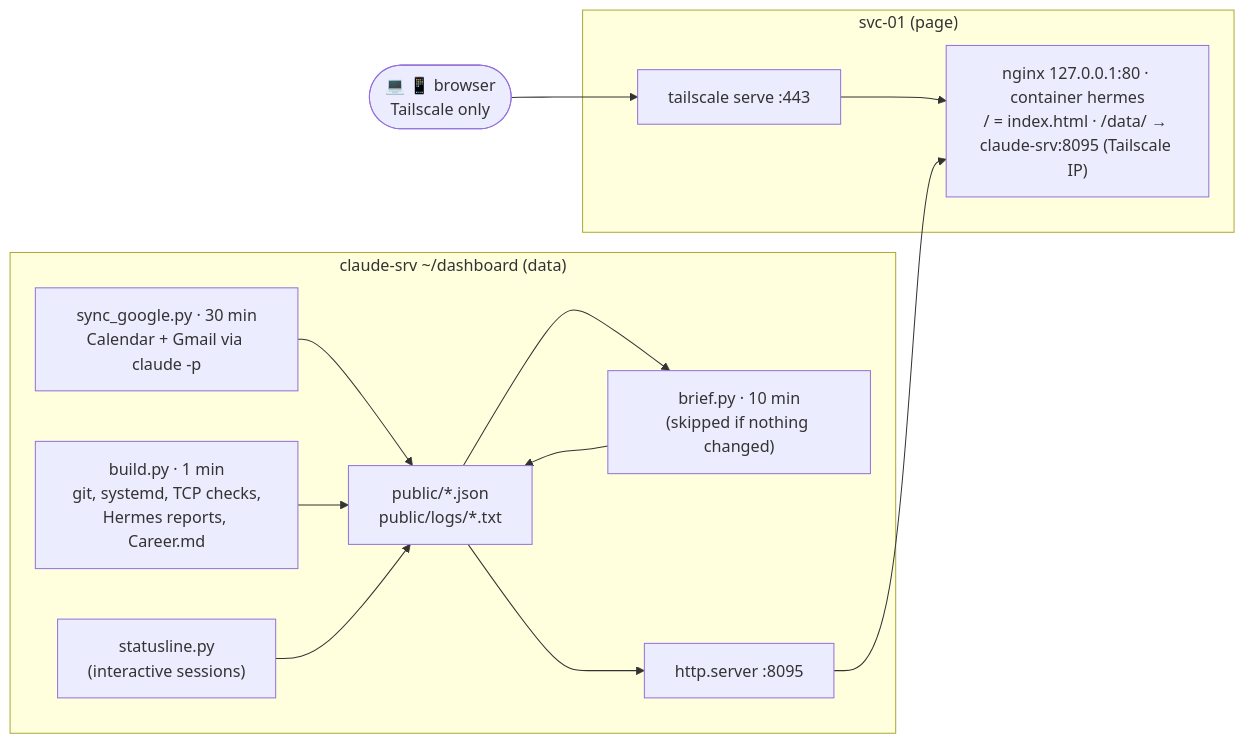
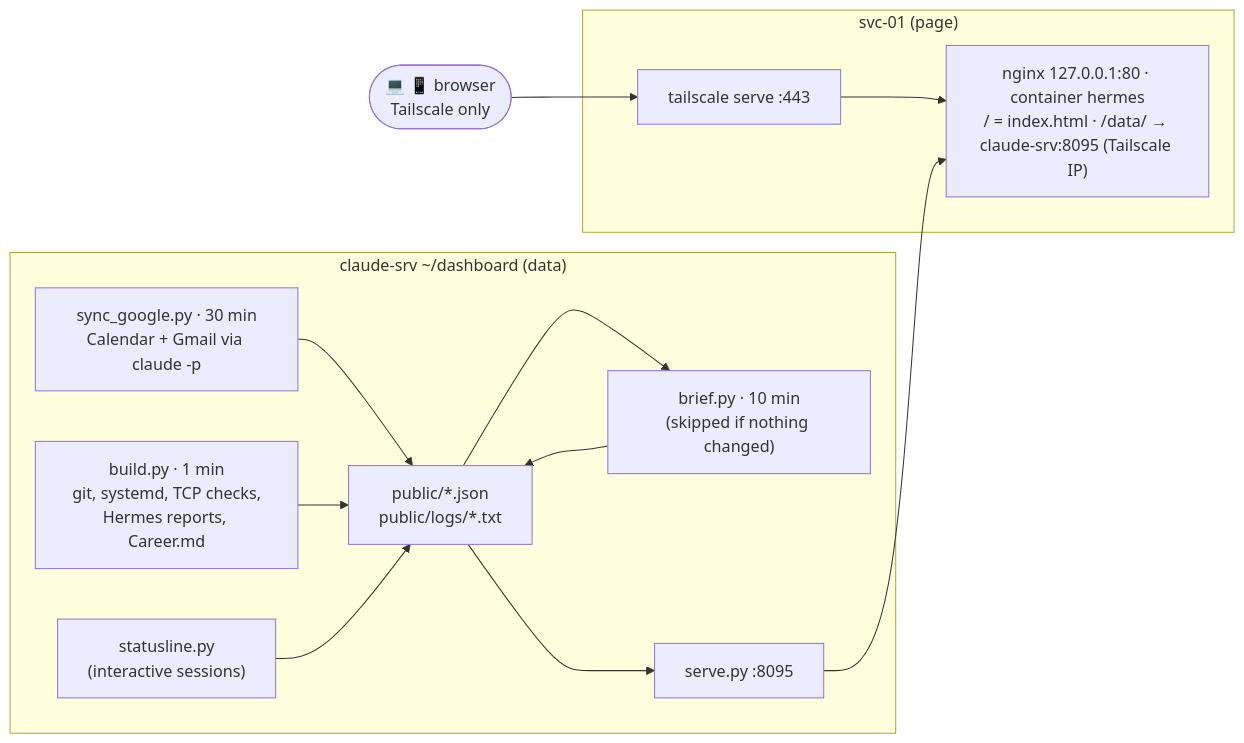
The diagram in HomeLab/6 - Services/Hermes Dashboard.md (ClydeWasEjected/ClydeHomeLab), drawn with Mermaid before and after one commit. The commit also changed other lines of this file and 3 other files, not shown here.

````diff
--- a/HomeLab/6 - Services/Hermes Dashboard.md
+++ b/HomeLab/6 - Services/Hermes Dashboard.md
@@ -7,16 +7,16 @@
 ```mermaid
 flowchart LR
     subgraph cs["claude-srv ~/dashboard (data)"]
         g["sync_google.py · 30 min<br/>Calendar + Gmail via claude -p"] --> pub
         b["build.py · 1 min<br/>git, systemd, TCP checks,<br/>Hermes reports, Career.md"] --> pub["public/*.json<br/>public/logs/*.txt"]
         pub --> r["brief.py · 10 min<br/>(skipped if nothing changed)"]
         r --> pub
         st["statusline.py<br/>(interactive sessions)"] --> pub
-        pub --> h8["http.server :8095"]
+        pub --> h8["serve.py :8095"]
     end
     subgraph sv["svc-01 (page)"]
         ts["tailscale serve :443"] --> n["nginx 127.0.0.1:80 · container hermes<br/>/ = index.html · /data/ → claude-srv:8095 (Tailscale IP)"]
     end
     h8 --> n
     you(["💻 📱 browser<br/>Tailscale only"]) --> ts
 ```
````
